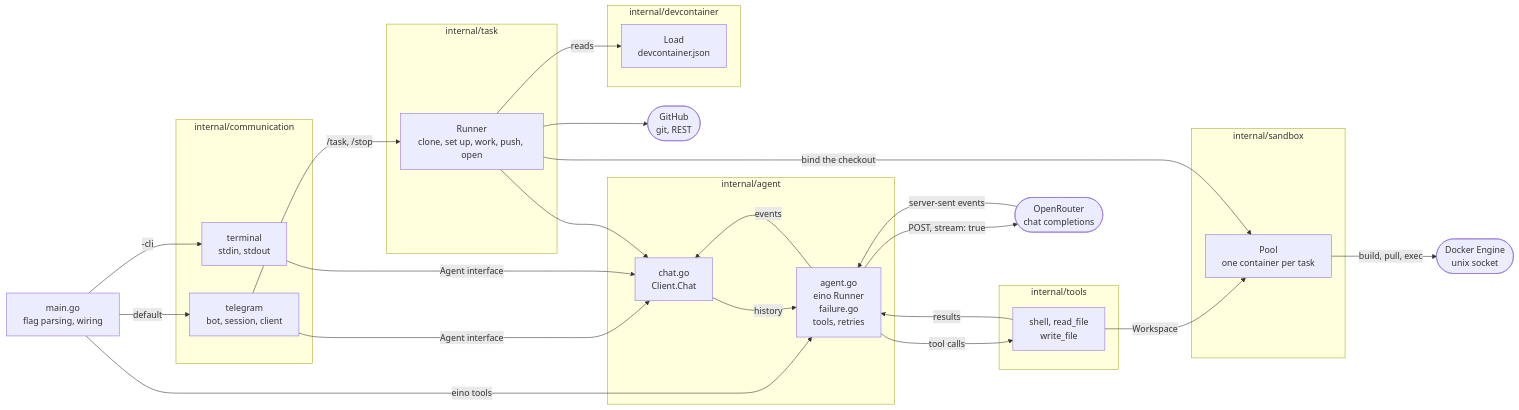
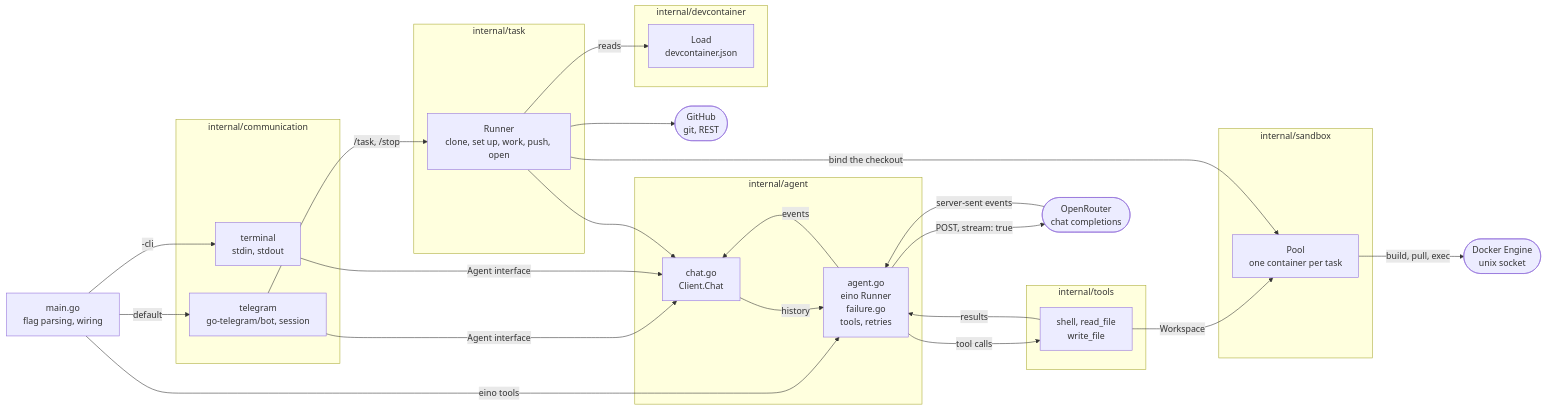
The first of 2 diagrams in README.md (skryvets/my-agent), drawn with Mermaid before and after one commit. The commit also changed other lines of this file and 15 other files, not shown here.

First line of the commit message:
Run the Telegram connector on go-telegram/bot

````diff
--- a/README.md
+++ b/README.md
@@ -25,52 +27,52 @@
 ```mermaid
 flowchart LR
     main["main.go<br/>flag parsing, wiring"]
 
     subgraph comm ["internal/communication"]
-        tg["telegram<br/>bot, session, client"]
+        tg["telegram<br/>go-telegram/bot, session"]
         term["terminal<br/>stdin, stdout"]
     end
 
     subgraph core ["internal/agent"]
         chat["chat.go<br/>Client.Chat"]
         eino["agent.go<br/>eino Runner<br/>failure.go<br/>tools, retries"]
     end
 
     subgraph kit ["internal/tools"]
         sh["shell, read_file<br/>write_file"]
     end
 
     subgraph job ["internal/task"]
         runner["Runner<br/>clone, set up, work, push, open"]
     end
 
     subgraph spec ["internal/devcontainer"]
         dc["Load<br/>devcontainer.json"]
     end
 
     subgraph box ["internal/sandbox"]
         pool["Pool<br/>one container per task"]
     end
 
     api(["OpenRouter<br/>chat completions"])
     dock(["Docker Engine<br/>unix socket"])
 
     main -->|default| tg
     main -->|"-cli"| term
     main -->|eino tools| eino
     tg -->|Agent interface| chat
     term -->|Agent interface| chat
     chat -->|history| eino
     eino -->|"POST, stream: true"| api
     api -->|server-sent events| eino
     eino -->|events| chat
     eino -->|tool calls| sh
     sh -->|Workspace| pool
     sh -->|results| eino
     tg -->|"/task, /stop"| runner
     runner -->|reads| dc
     runner -->|bind the checkout| pool
     runner --> chat
     pool -->|"build, pull, exec"| dock
     runner --> gh(["GitHub<br/>git, REST"])
 ```
````
